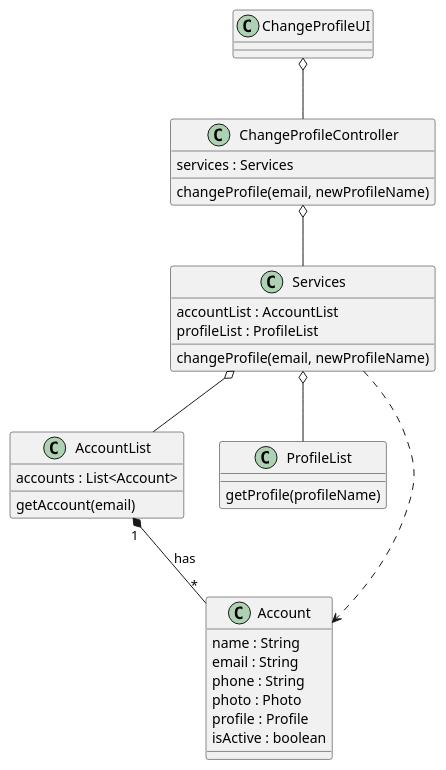
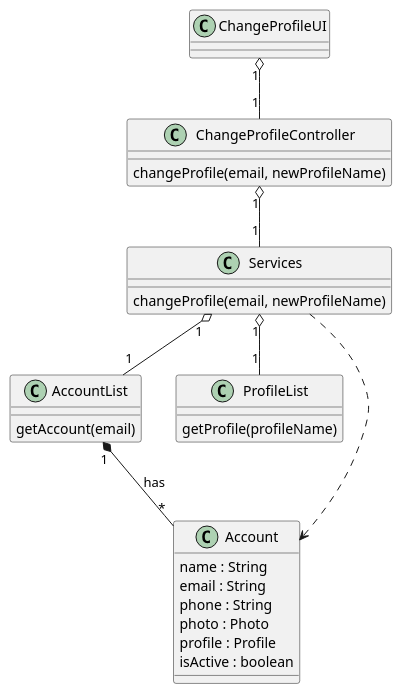
One commit to ivo-menezes/project_g3 changed the diagram in docs/modelling_design/user_stories/us003/US003_ChangeProfileCD.puml. Above: the diagram before and after it, drawn with PlantUML. The commit also changed 1 other file, not shown here.

Commit message:
US003-US004: Design: Updated Class Diagrams

```diff
--- a/docs/modelling_design/user_stories/us003/US003_ChangeProfileCD.puml
+++ b/docs/modelling_design/user_stories/us003/US003_ChangeProfileCD.puml
@@ -1,41 +1,41 @@
-@startuml
+  @startuml
 
 class ChangeProfileUI {}
 
 class ChangeProfileController {
-services : Services
+'services : Services
 changeProfile(email, newProfileName)
 }
 
 class Services {
-accountList : AccountList
-profileList : ProfileList
+'accountList : AccountList
+'profileList : ProfileList
 changeProfile(email, newProfileName)
 }
 
 class AccountList {
-accounts : List<Account>
+'accounts : List<Account>
 getAccount(email)
 }
 
 class ProfileList {
 getProfile(profileName)
 }
 
 class Account {
 name : String
 email : String
 phone : String
 photo : Photo
 profile : Profile
 isActive : boolean
 }
 
-ChangeProfileUI o-- ChangeProfileController
-ChangeProfileController o-- Services
-Services o-- AccountList
-Services o-- ProfileList
+ChangeProfileUI "1" o-- "1" ChangeProfileController
+ChangeProfileController "1" o-- "1" Services
+Services "1" o-- "1" AccountList
+Services "1" o-- "1"  ProfileList
 Services ..> Account
 AccountList "1" *-- "*" Account : has
 
 @enduml
```
